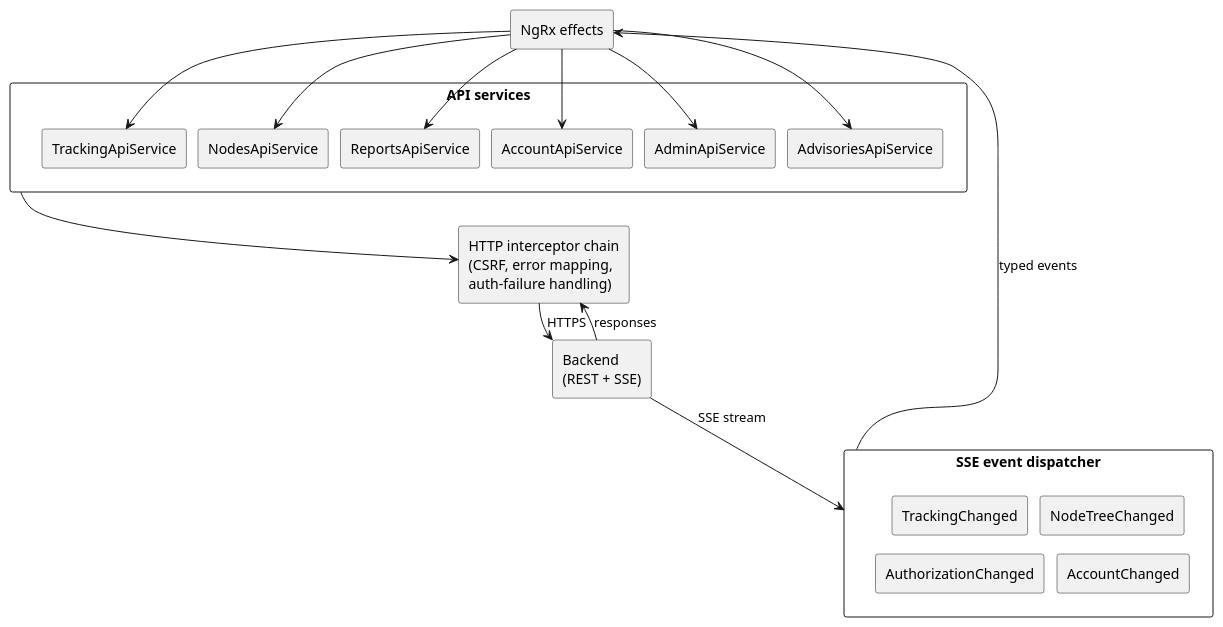
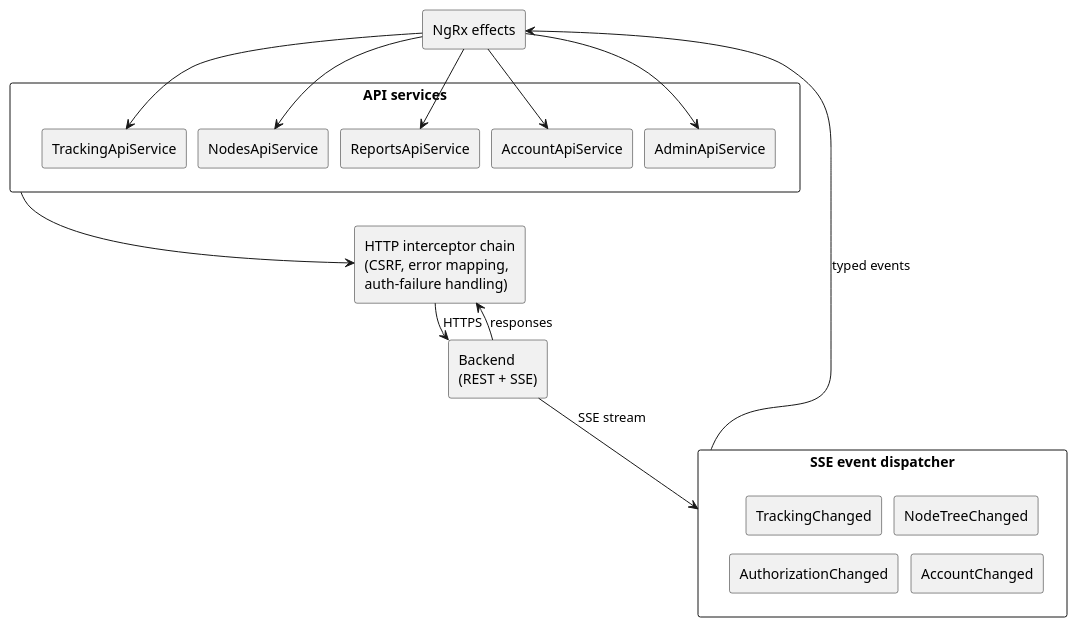
One commit to uCore7/trawhile changed diagram 14 of 15 in docs/architecture.md. Above: the diagram before and after it, drawn with PlantUML. The commit also changed other lines of this file and 6 other files, not shown here.

````diff
--- a/docs/architecture.md
+++ b/docs/architecture.md
@@ -792,42 +763,40 @@
 ```plantuml
 @startuml
 skinparam componentStyle rectangle
 skinparam nodesep 12
 skinparam ranksep 18
 
 component "NgRx effects" as Effects
 
 rectangle "API services" as ApiServices {
   component "TrackingApiService" as TApi
   component "NodesApiService" as NApi
   component "ReportsApiService" as RApi
   component "AccountApiService" as AcApi
   component "AdminApiService" as AdApi
-  component "AdvisoriesApiService" as AvApi
 }
 
 rectangle "SSE event dispatcher" as Dispatcher {
   component "TrackingChanged" as ETrack
   component "NodeTreeChanged" as ENode
   component "AuthorizationChanged" as EAuth
   component "AccountChanged" as EAccount
 }
 
 component "HTTP interceptor chain\n(CSRF, error mapping,\nauth-failure handling)" as Interceptors
 component "Backend\n(REST + SSE)" as Backend
 
 Effects --> TApi
 Effects --> NApi
 Effects --> RApi
 Effects --> AcApi
 Effects --> AdApi
-Effects --> AvApi
 
 ApiServices --> Interceptors
 Interceptors --> Backend : HTTPS
 Backend --> Interceptors : responses
 
 Backend --> Dispatcher : SSE stream
 Dispatcher --> Effects : typed events
 @enduml
 ```
````
